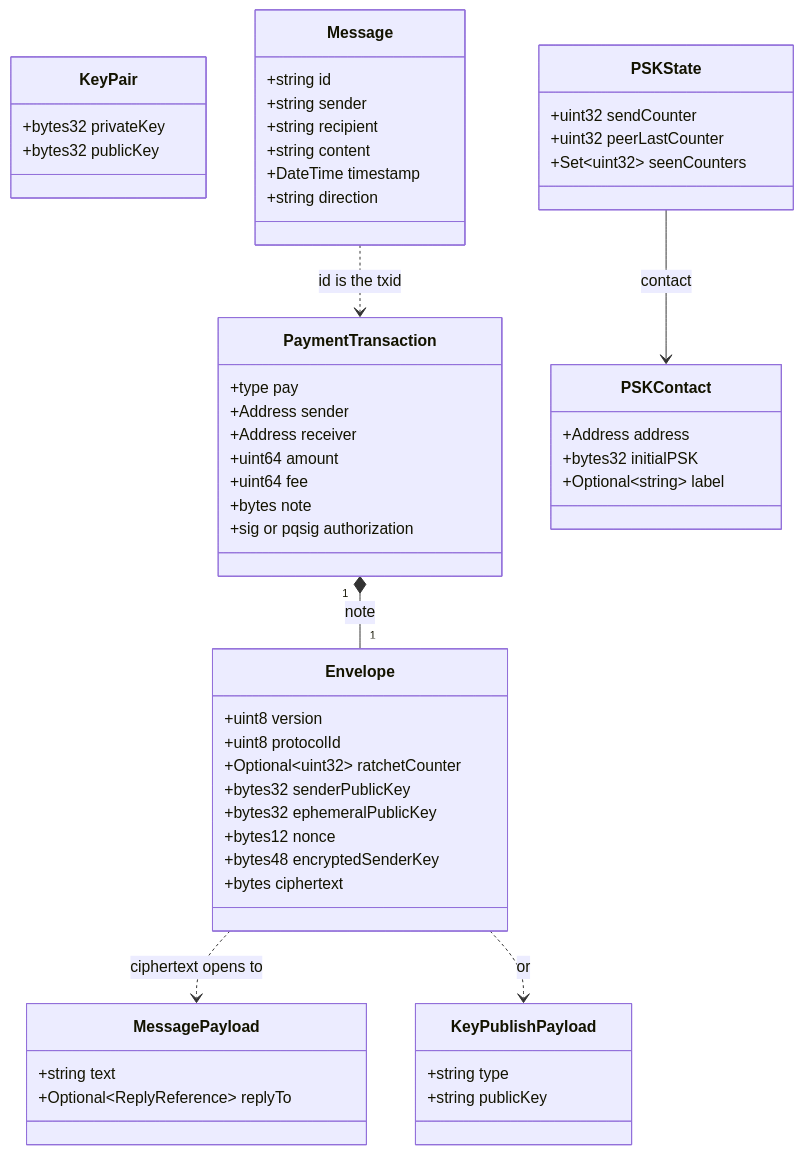
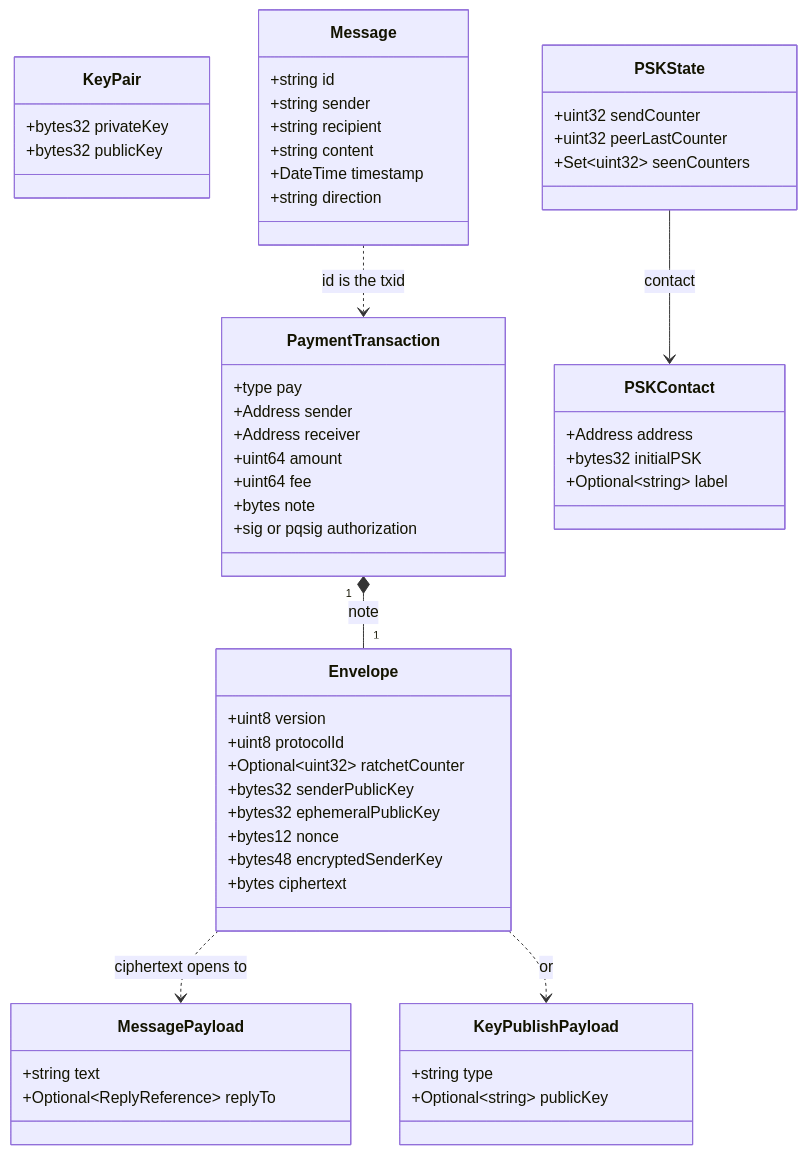
Diagram 13 of 15 in docs/HLD.md (CorvidLabs/algochat), drawn with Mermaid before and after one commit. The commit also changed other lines of this file and 116 other files, not shown here.

````diff
--- a/docs/HLD.md
+++ b/docs/HLD.md
@@ -434,57 +447,57 @@
 ```mermaid
 classDiagram
     class PaymentTransaction {
         +type pay
         +Address sender
         +Address receiver
         +uint64 amount
         +uint64 fee
         +bytes note
         +sig or pqsig authorization
     }
     class Envelope {
         +uint8 version
         +uint8 protocolId
         +Optional~uint32~ ratchetCounter
         +bytes32 senderPublicKey
         +bytes32 ephemeralPublicKey
         +bytes12 nonce
         +bytes48 encryptedSenderKey
         +bytes ciphertext
     }
     class MessagePayload {
         +string text
         +Optional~ReplyReference~ replyTo
     }
     class KeyPublishPayload {
         +string type
-        +string publicKey
+        +Optional~string~ publicKey
     }
     class KeyPair {
         +bytes32 privateKey
         +bytes32 publicKey
     }
     class PSKContact {
         +Address address
         +bytes32 initialPSK
         +Optional~string~ label
     }
     class PSKState {
         +uint32 sendCounter
         +uint32 peerLastCounter
         +Set~uint32~ seenCounters
     }
     class Message {
         +string id
         +string sender
         +string recipient
         +string content
         +DateTime timestamp
         +string direction
     }
     PaymentTransaction "1" *-- "1" Envelope : note
     Envelope ..> MessagePayload : ciphertext opens to
     Envelope ..> KeyPublishPayload : or
     PSKState --> PSKContact : contact
     Message ..> PaymentTransaction : id is the txid
 ```
````
